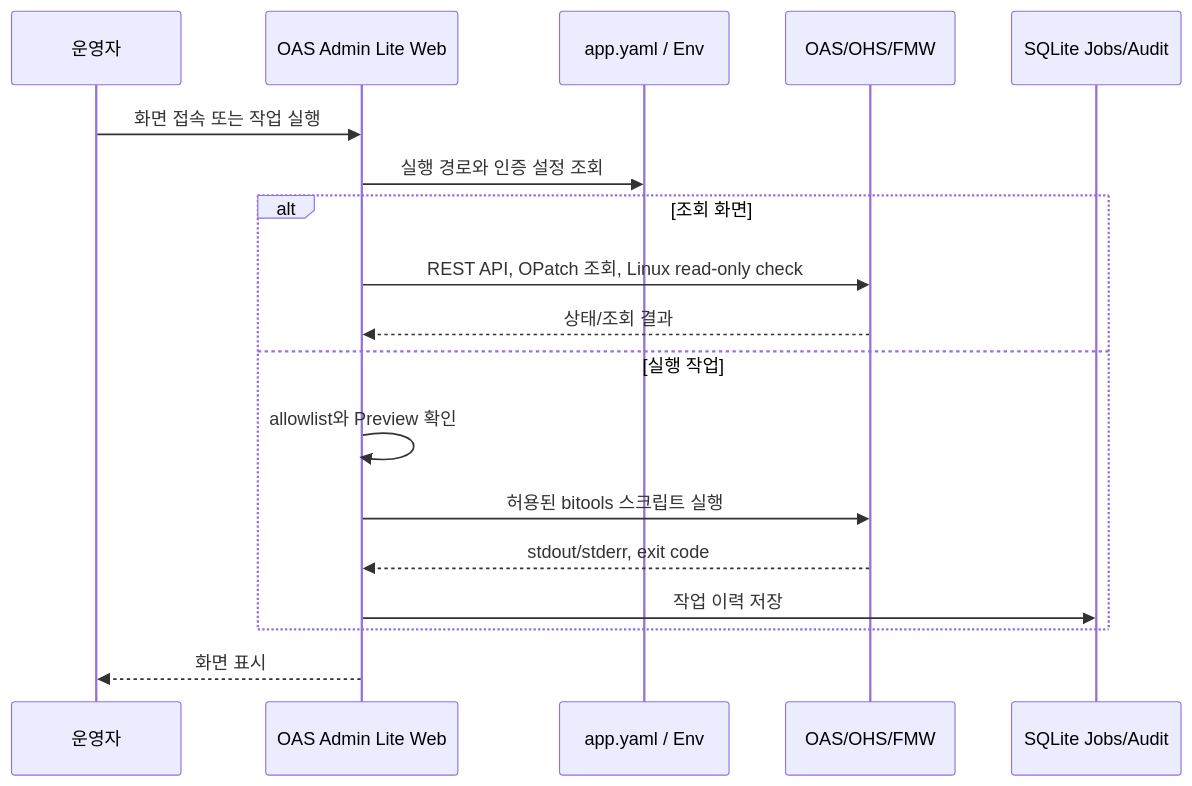
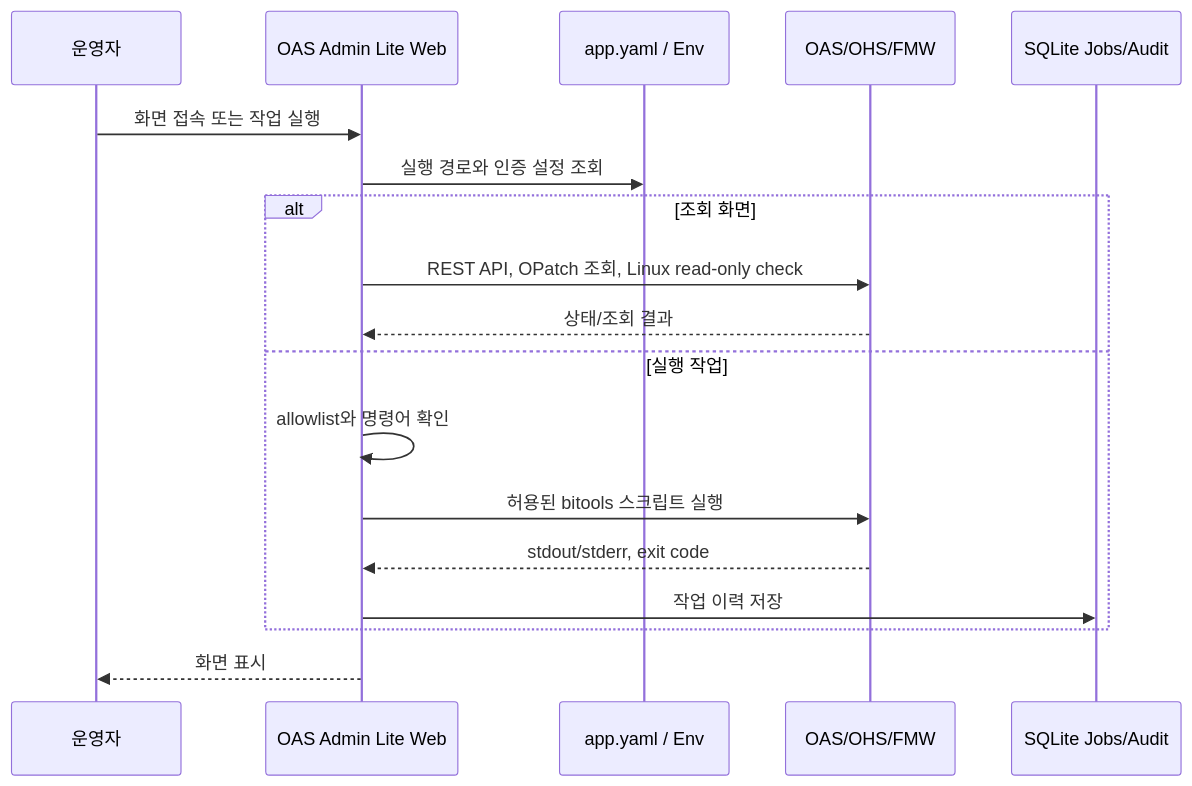
One commit to yoonsookyi/oas-dashboard changed the third of 3 diagrams in docs/INTRODUCTION.md. Above: the diagram before and after it, drawn with Mermaid. The commit also changed other lines of this file and 4 other files, not shown here.

````diff
--- a/docs/INTRODUCTION.md
+++ b/docs/INTRODUCTION.md
@@ -228,21 +228,21 @@
 ```mermaid
 sequenceDiagram
     participant User as 운영자
     participant Web as OAS Admin Lite Web
     participant Config as app.yaml / Env
     participant OAS as OAS/OHS/FMW
     participant DB as SQLite Jobs/Audit
 
     User->>Web: 화면 접속 또는 작업 실행
     Web->>Config: 실행 경로와 인증 설정 조회
     alt 조회 화면
         Web->>OAS: REST API, OPatch 조회, Linux read-only check
         OAS-->>Web: 상태/조회 결과
     else 실행 작업
-        Web->>Web: allowlist와 Preview 확인
+        Web->>Web: allowlist와 명령어 확인
         Web->>OAS: 허용된 bitools 스크립트 실행
         OAS-->>Web: stdout/stderr, exit code
         Web->>DB: 작업 이력 저장
     end
     Web-->>User: 화면 표시
 ```
````
